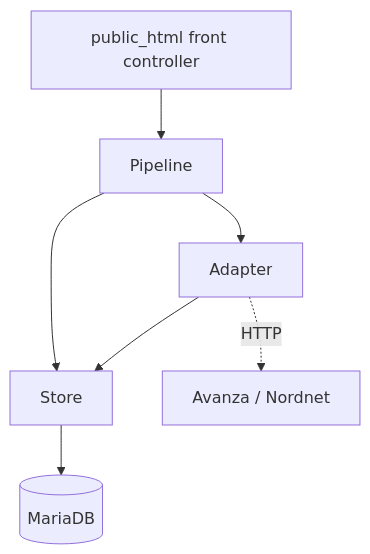
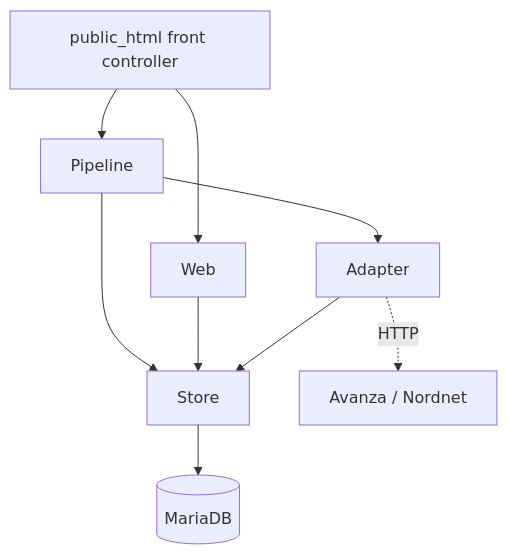
The first of 5 diagrams in _bmad-output/planning-artifacts/architecture/architecture-stockpicker-2026-09-08/ARCHITECTURE-SPINE.md (ryddmo/stockpicker), drawn with Mermaid before and after one commit. The commit also changed other lines of this file and 19 other files, not shown here.

````diff
--- a/_bmad-output/planning-artifacts/architecture/architecture-stockpicker-2026-09-08/ARCHITECTURE-SPINE.md
+++ b/_bmad-output/planning-artifacts/architecture/architecture-stockpicker-2026-09-08/ARCHITECTURE-SPINE.md
@@ -50,9 +55,11 @@
 ```mermaid
 graph TD
     FC[public_html front controller] --> P[Pipeline]
+    FC --> W[Web]
     P --> A[Adapter]
     P --> S[Store]
+    W --> S
     A --> S
     A -.->|HTTP| EXT[Avanza / Nordnet]
     S --> DB[(MariaDB)]
 ```
````
